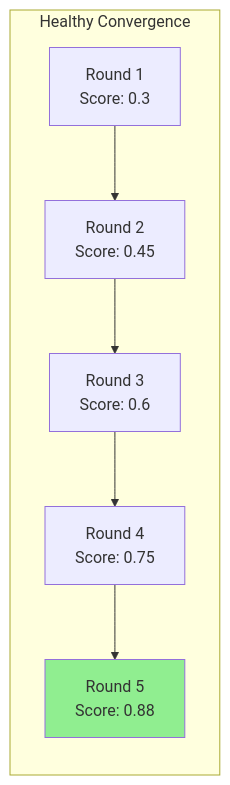
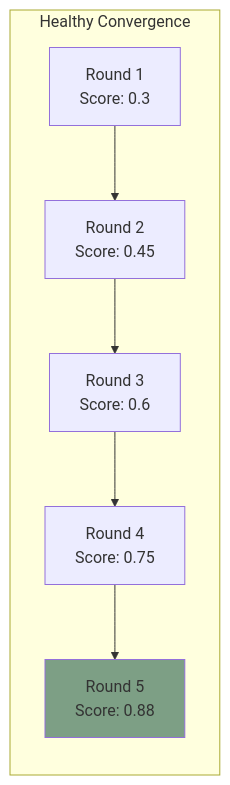
Before and after one commit to ScopeCreep-zip/Symbiont: the fifth of 5 diagrams in docs/protocol/convergence.md, drawn with Mermaid. The commit also changed other lines of this file and 17 other files, not shown here.

Commit message:
update to diagram colors

````diff
--- a/docs/protocol/convergence.md
+++ b/docs/protocol/convergence.md
@@ -406,14 +406,14 @@
 ```mermaid
 graph LR
     subgraph "Healthy Convergence"
         R1["Round 1<br/>Score: 0.3"]
         R2["Round 2<br/>Score: 0.45"]
         R3["Round 3<br/>Score: 0.6"]
         R4["Round 4<br/>Score: 0.75"]
         R5["Round 5<br/>Score: 0.88"]
     end
 
     R1 --> R2 --> R3 --> R4 --> R5
 
-    style R5 fill:#90EE90
+    style R5 fill:#7d9f85
 ```
````
